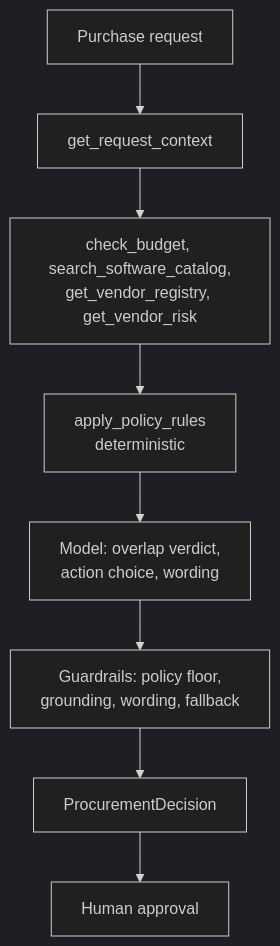
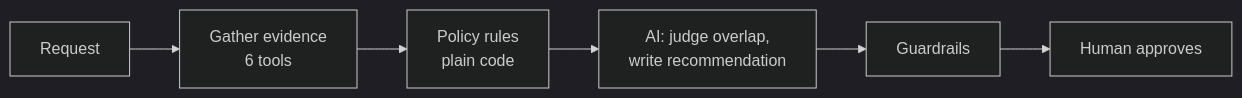
The diagram in README.md (brixdorf/procurement-request-copilot), drawn with Mermaid (dark theme) before and after one commit. The commit also changed other lines of this file, not shown here.

````diff
--- a/README.md
+++ b/README.md
@@ -75,10 +45,8 @@
 ```mermaid
-flowchart TD
-    R[Purchase request] --> U[get_request_context]
-    U --> G[check_budget, search_software_catalog,<br/>get_vendor_registry, get_vendor_risk]
-    G --> D[apply_policy_rules<br/>deterministic]
-    D --> M[Model: overlap verdict,<br/>action choice, wording]
-    M --> F[Guardrails: policy floor,<br/>grounding, wording, fallback]
-    F --> O[ProcurementDecision]
-    O --> H[Human approval]
+flowchart LR
+    R[Request] --> E[Gather evidence<br/>6 tools]
+    E --> P[Policy rules<br/>plain code]
+    P --> M[AI: judge overlap,<br/>write recommendation]
+    M --> G[Guardrails]
+    G --> H[Human approves]
 ```
````
